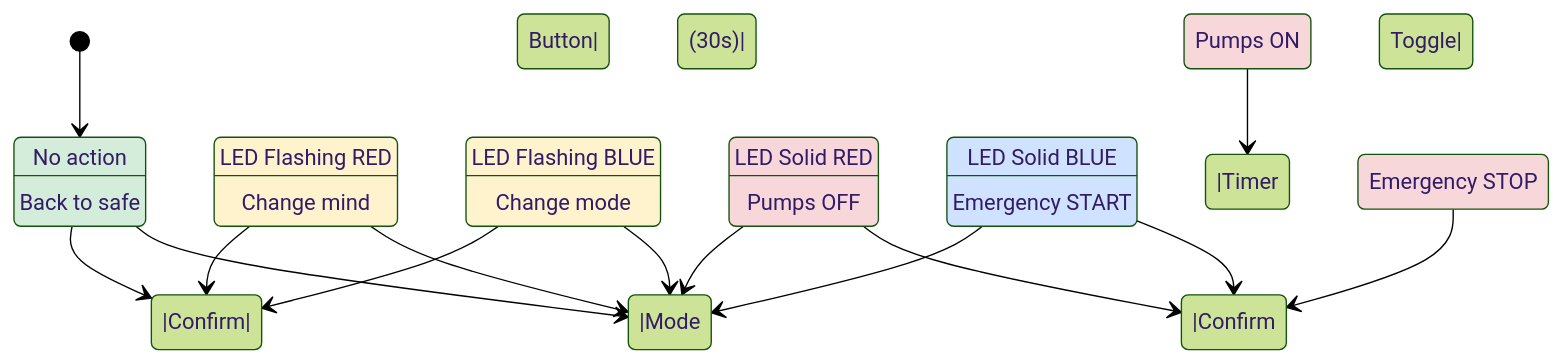
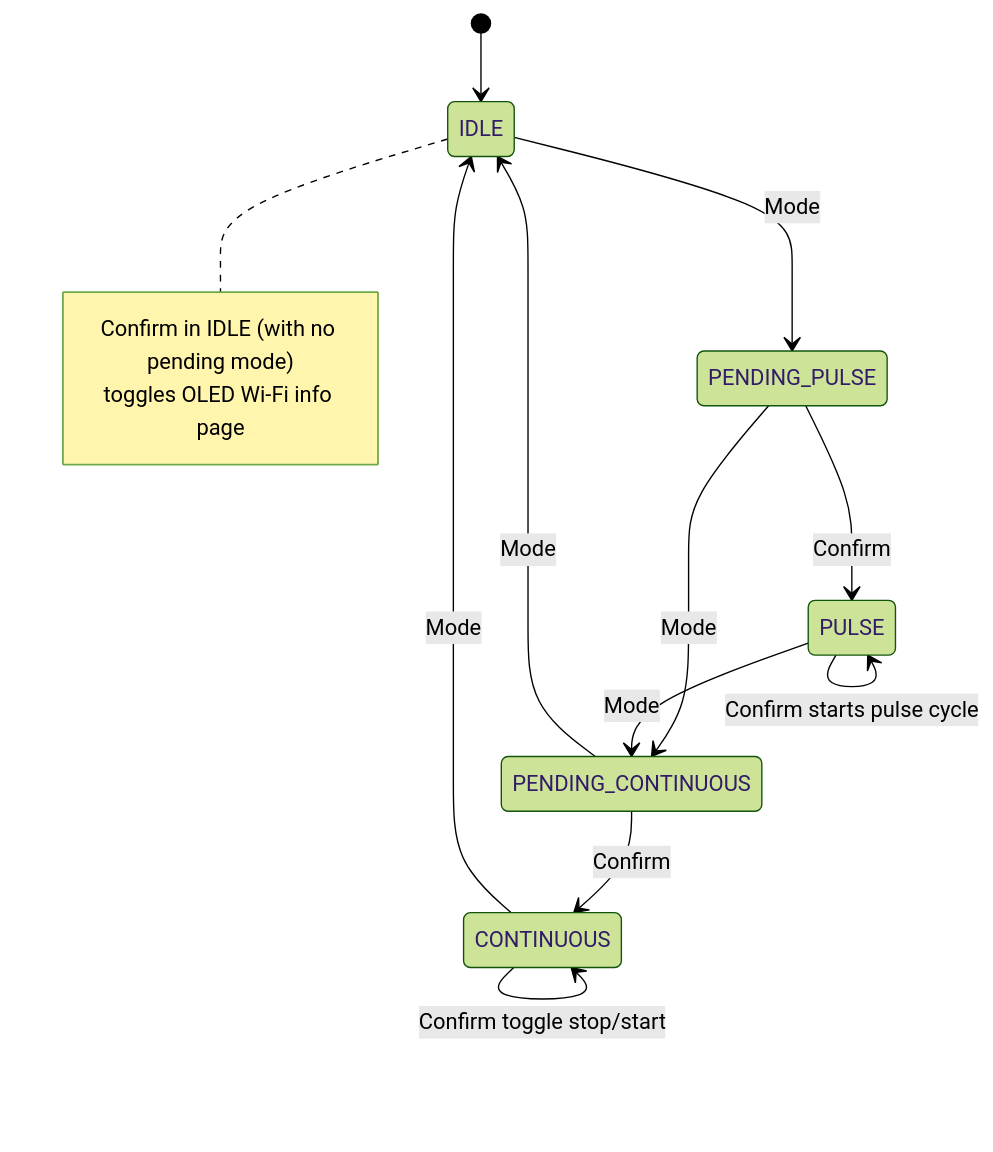
One commit to julian-labuschagne/bio-bubbler changed the third of 4 diagrams in CIRCUIT_DIAGRAMS.md. Above: the diagram before and after it, drawn with Mermaid (forest theme). The commit also changed other lines of this file and 5 other files, not shown here.

````diff
--- a/CIRCUIT_DIAGRAMS.md
+++ b/CIRCUIT_DIAGRAMS.md
@@ -156,30 +68,22 @@
 ```mermaid
 stateDiagram-v2
     [*] --> IDLE
-    
-    IDLE -->|Mode Button| PULSE_PENDING: LED Flashing RED
-    IDLE -->|Confirm| IDLE: No action
-    
-    PULSE_PENDING -->|Mode Button| CONTINUOUS_PENDING: LED Flashing BLUE
-    PULSE_PENDING -->|Confirm| PULSE: LED Solid RED
-    
-    CONTINUOUS_PENDING -->|Mode Button| IDLE: Back to safe
-    CONTINUOUS_PENDING -->|Confirm| CONTINUOUS: LED Solid BLUE
-    
-    PULSE -->|Confirm (30s)| PULSE_RUNNING: Pumps ON
-    PULSE -->|Mode Button| PULSE_PENDING: Change mind
-    
-    PULSE_RUNNING -->|Timer (30s)| PULSE: Pumps OFF
-    
-    CONTINUOUS -->|Confirm Toggle| CONTINUOUS_STOPPED: Emergency STOP
-    CONTINUOUS -->|Mode Button| CONTINUOUS_PENDING: Change mode
-    CONTINUOUS_STOPPED -->|Confirm Toggle| CONTINUOUS: Emergency START
-    
-    style IDLE fill:#d4edda
-    style PULSE_PENDING fill:#fff3cd
-    style CONTINUOUS_PENDING fill:#fff3cd
-    style PULSE fill:#f8d7da
-    style PULSE_RUNNING fill:#f8d7da
-    style CONTINUOUS fill:#cfe2ff
-    style CONTINUOUS_STOPPED fill:#f8d7da
+
+    IDLE --> PENDING_PULSE: Mode
+    PENDING_PULSE --> PENDING_CONTINUOUS: Mode
+    PENDING_CONTINUOUS --> IDLE: Mode
+
+    PENDING_PULSE --> PULSE: Confirm
+    PENDING_CONTINUOUS --> CONTINUOUS: Confirm
+
+    PULSE --> PULSE: Confirm starts pulse cycle
+    PULSE --> PENDING_CONTINUOUS: Mode
+
+    CONTINUOUS --> CONTINUOUS: Confirm toggle stop/start
+    CONTINUOUS --> IDLE: Mode
+
+    note right of IDLE
+      Confirm in IDLE (with no pending mode)
+      toggles OLED Wi-Fi info page
+    end note
 ```
````
